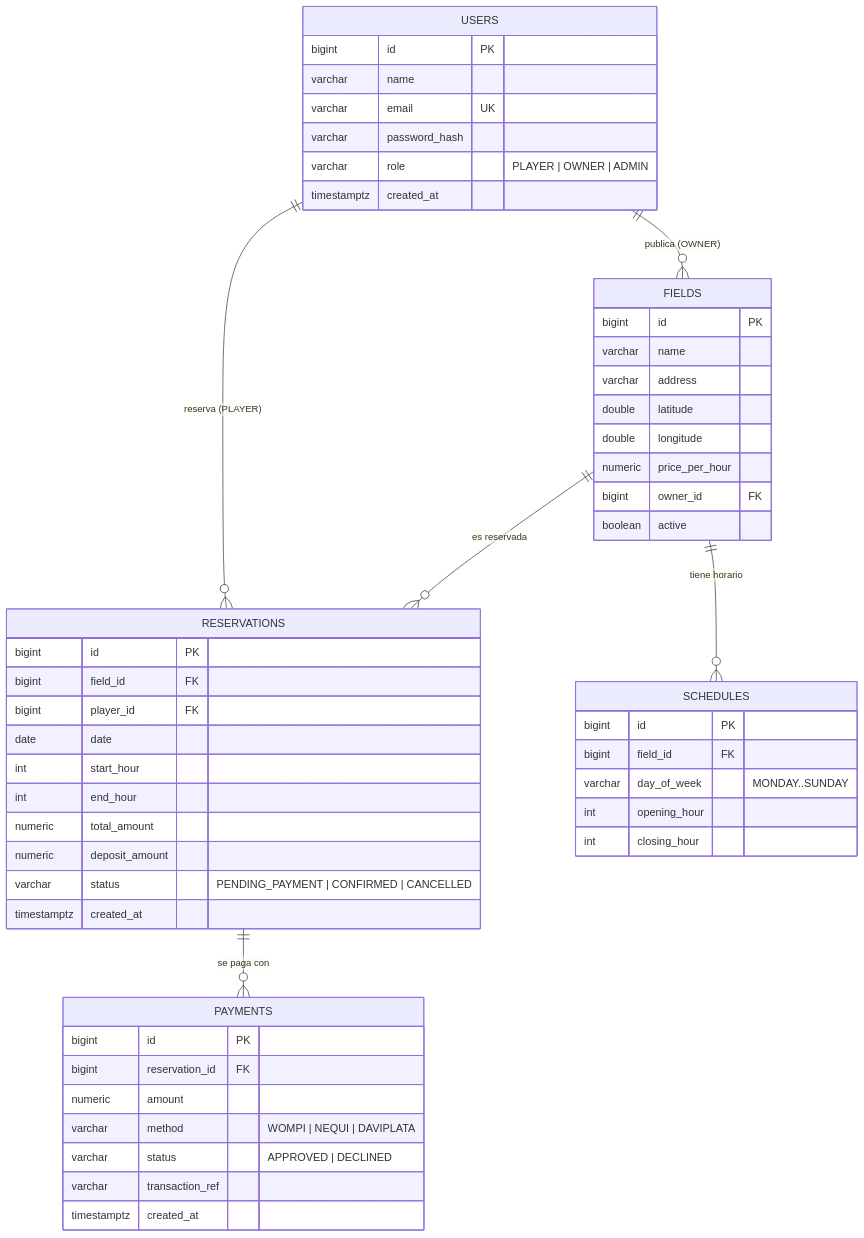
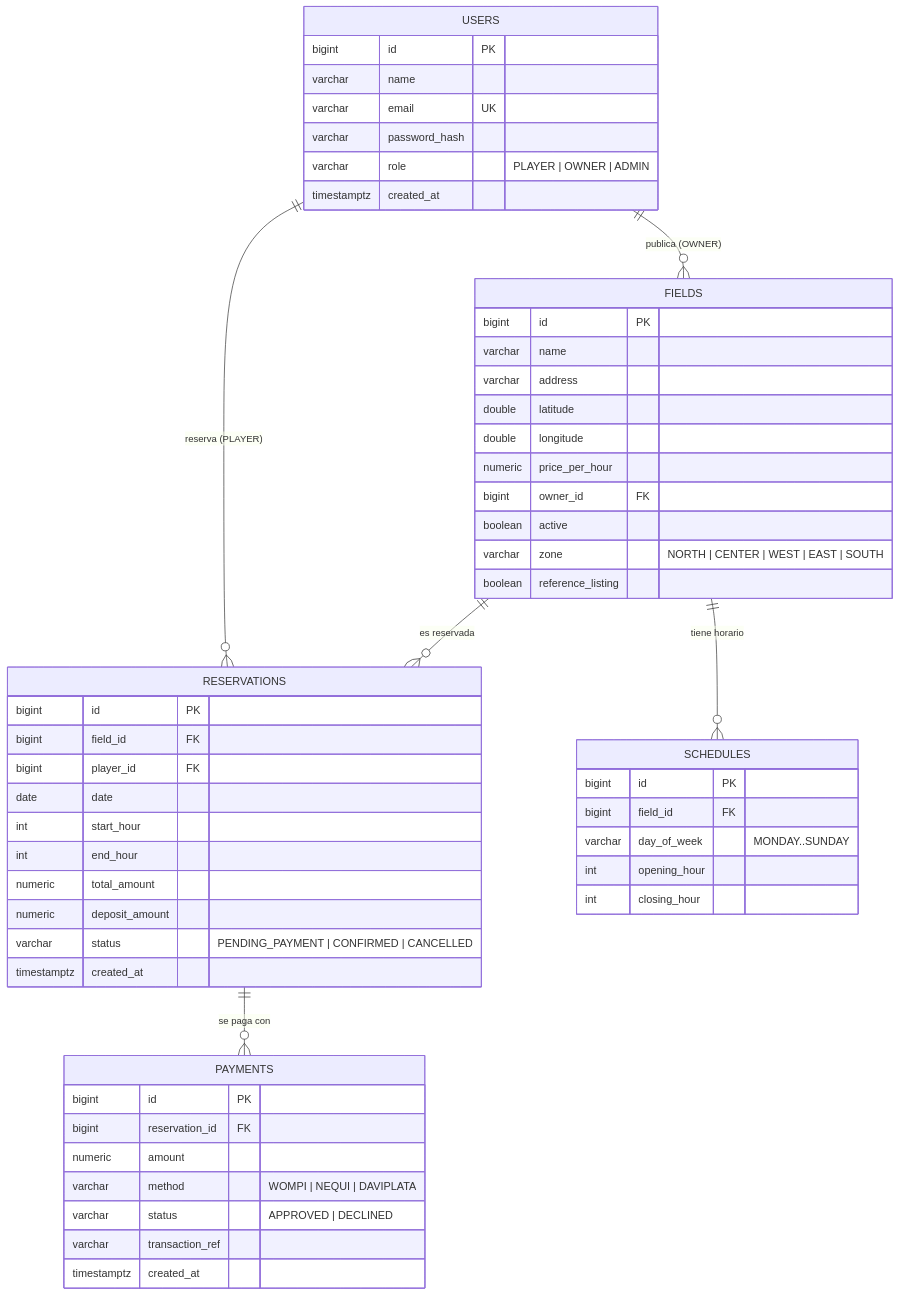
Before and after one commit to walterjojoa/BASE-DE-DATOS-CANCHAS-YA: the first of 2 diagrams in docs/modelo-entidad-relacion.md, drawn with Mermaid. The commit also changed 2 other files, not shown here.

Commit message:
Add zone and reference_listing columns to fields (V16)

````diff
--- a/docs/modelo-entidad-relacion.md
+++ b/docs/modelo-entidad-relacion.md
@@ -5,55 +5,57 @@
 ```mermaid
 erDiagram
     USERS ||--o{ FIELDS        : "publica (OWNER)"
     USERS ||--o{ RESERVATIONS  : "reserva (PLAYER)"
     FIELDS ||--o{ SCHEDULES    : "tiene horario"
     FIELDS ||--o{ RESERVATIONS : "es reservada"
     RESERVATIONS ||--o{ PAYMENTS : "se paga con"
 
     USERS {
         bigint      id PK
         varchar     name
         varchar     email UK
         varchar     password_hash
         varchar     role "PLAYER | OWNER | ADMIN"
         timestamptz created_at
     }
     FIELDS {
         bigint  id PK
         varchar name
         varchar address
         double  latitude
         double  longitude
         numeric price_per_hour
         bigint  owner_id FK
         boolean active
+        varchar zone "NORTH | CENTER | WEST | EAST | SOUTH"
+        boolean reference_listing
     }
     SCHEDULES {
         bigint  id PK
         bigint  field_id FK
         varchar day_of_week "MONDAY..SUNDAY"
         int     opening_hour
         int     closing_hour
     }
     RESERVATIONS {
         bigint      id PK
         bigint      field_id FK
         bigint      player_id FK
         date        date
         int         start_hour
         int         end_hour
         numeric     total_amount
         numeric     deposit_amount
         varchar     status "PENDING_PAYMENT | CONFIRMED | CANCELLED"
         timestamptz created_at
     }
     PAYMENTS {
         bigint      id PK
         bigint      reservation_id FK
         numeric     amount
         varchar     method "WOMPI | NEQUI | DAVIPLATA"
         varchar     status "APPROVED | DECLINED"
         varchar     transaction_ref
         timestamptz created_at
     }
 ```
````
